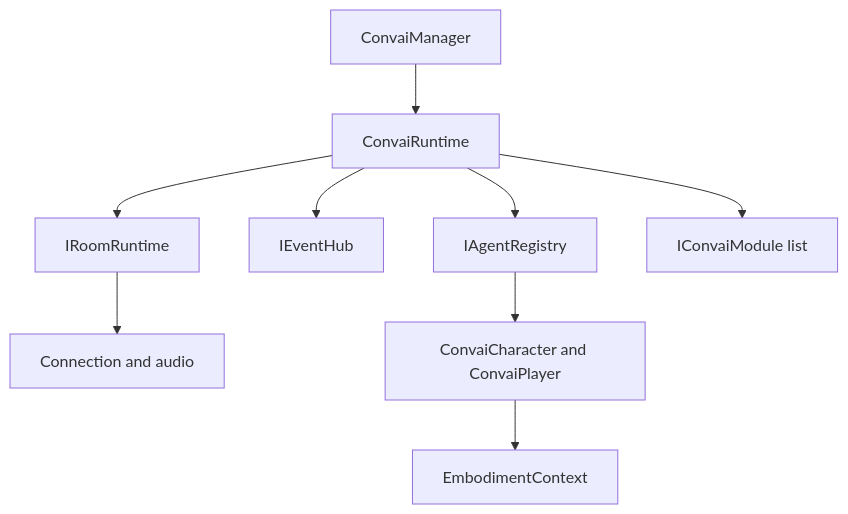
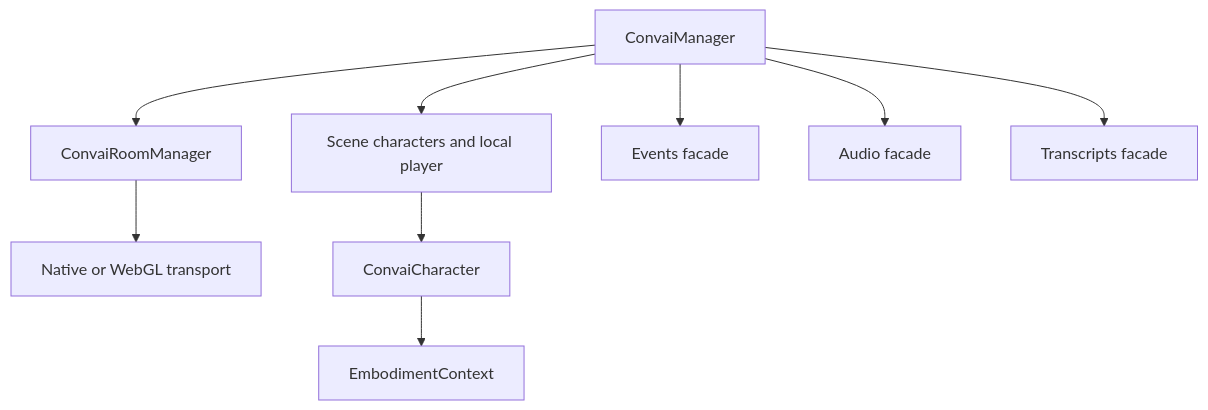
The diagram in plugins-and-integrations/convai-unity-sdk/core-concepts/runtime-architecture.md (Conv-AI/Convai-Documentation), drawn with Mermaid before and after one commit. The commit also changed other lines of this file and 237 other files, not shown here.

````diff
--- a/plugins-and-integrations/convai-unity-sdk/core-concepts/runtime-architecture.md
+++ b/plugins-and-integrations/convai-unity-sdk/core-concepts/runtime-architecture.md
@@ -11,11 +11,11 @@
 ```mermaid
 graph TD
-    Manager[ConvaiManager] --> Runtime[ConvaiRuntime]
-    Runtime --> Room[IRoomRuntime]
-    Runtime --> Events[IEventHub]
-    Runtime --> Registry[IAgentRegistry]
-    Runtime --> Modules[IConvaiModule list]
-    Room --> Connection[Connection and audio]
-    Registry --> Character[ConvaiCharacter and ConvaiPlayer]
+    Scene[ConvaiManager] --> Room[ConvaiRoomManager]
+    Scene --> Registry[Scene characters and local player]
+    Scene --> Events[Events facade]
+    Scene --> Audio[Audio facade]
+    Scene --> Transcripts[Transcripts facade]
+    Room --> Transport[Native or WebGL transport]
+    Registry --> Character[ConvaiCharacter]
     Character --> Embodiment[EmbodimentContext]
 ```
````
